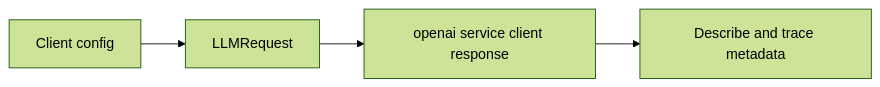
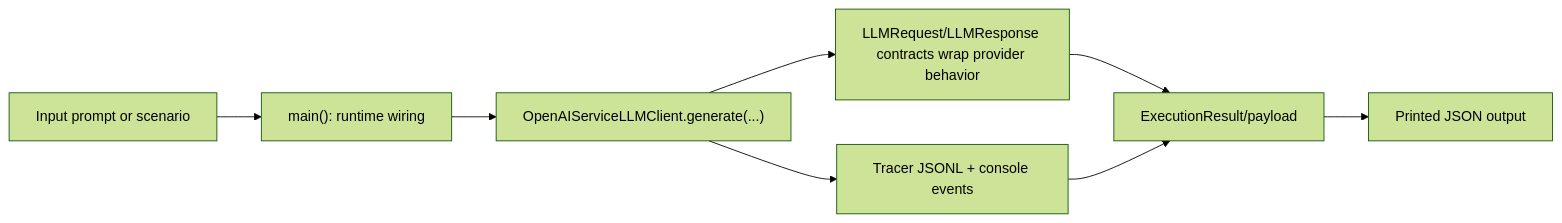
One commit to cmudrc/design-research-agents changed the diagram in docs/examples/clients/openai_service_client.rst. Above: the diagram before and after it, drawn with Mermaid (forest theme). The commit also changed other lines of this file and 83 other files, not shown here.

```diff
--- a/docs/examples/clients/openai_service_client.rst
+++ b/docs/examples/clients/openai_service_client.rst
@@ -21,6 +22,10 @@
 .. mermaid::
 
    flowchart LR
-       A["Client config"] --> B["LLMRequest"]
-       B --> C["openai service client response"]
-       C --> D["Describe and trace metadata"]
+       A["Input prompt or scenario"] --> B["main(): runtime wiring"]
+       B --> C["OpenAIServiceLLMClient.generate(...)"]
+       C --> D["LLMRequest/LLMResponse contracts wrap provider behavior"]
+       C --> E["Tracer JSONL + console events"]
+       D --> F["ExecutionResult/payload"]
+       E --> F
+       F --> G["Printed JSON output"]
```
